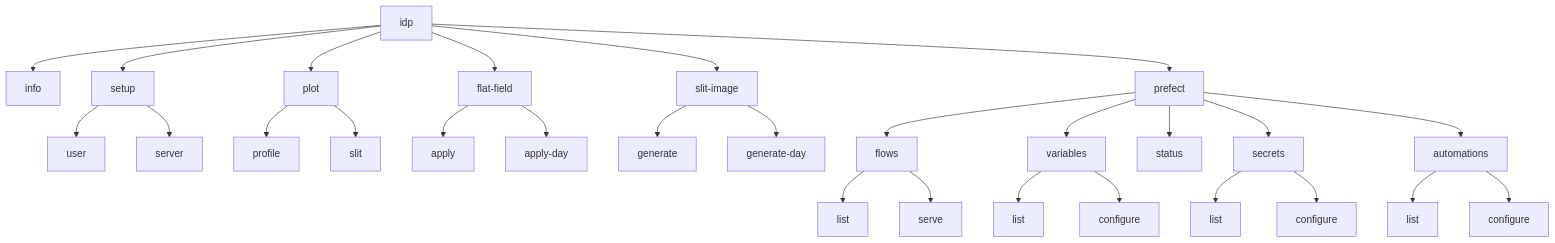
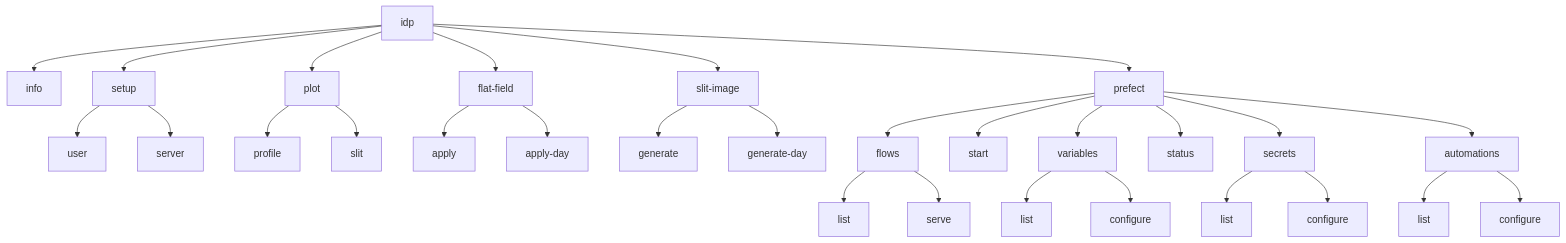
Before and after one commit to cdeldon/irsol-data-pipeline: the first of 2 diagrams in docs/cli/cli_usage.md, drawn with Mermaid. The commit also changed other lines of this file and 20 other files, not shown here.

````diff
--- a/docs/cli/cli_usage.md
+++ b/docs/cli/cli_usage.md
@@ -11,70 +11,72 @@
 ```mermaid
 flowchart TD
     IDP["idp"]
     INFO["info"]
     SETUP["setup"]
     SETUP_USER["user"]
     SETUP_SERVER["server"]
     PLOT["plot"]
     PREFECT["prefect"]
     FF["flat-field"]
     SI["slit-image"]
 
     PROFILE["profile"]
     SLIT["slit"]
 
     FF_APPLY["apply"]
     FF_APPLY_DAY["apply-day"]
     SI_GENERATE["generate"]
     SI_GENERATE_DAY["generate-day"]
 
     AUTOMATIONS["automations"]
     LIST_A["list"]
     CONFIGURE_A["configure"]
 
+    START["start"]
     FLOWS["flows"]
     STATUS["status"]
     VARS["variables"]
     SECRETS["secrets"]
 
     LIST_F["list"]
     SERVE["serve"]
     LIST_V["list"]
     CONFIGURE_V["configure"]
     LIST_S["list"]
     CONFIGURE_S["configure"]
 
     IDP --> INFO
     IDP --> SETUP
     IDP --> PLOT
     IDP --> FF
     IDP --> SI
     IDP --> PREFECT
 
     SETUP --> SETUP_USER
     SETUP --> SETUP_SERVER
 
     PLOT --> PROFILE
     PLOT --> SLIT
 
     FF --> FF_APPLY
     FF --> FF_APPLY_DAY
 
     SI --> SI_GENERATE
     SI --> SI_GENERATE_DAY
 
+    PREFECT --> START
     PREFECT --> STATUS
     PREFECT --> FLOWS
     PREFECT --> VARS
     PREFECT --> SECRETS
     PREFECT --> AUTOMATIONS
 
     AUTOMATIONS --> LIST_A
     AUTOMATIONS --> CONFIGURE_A
     FLOWS --> LIST_F
     FLOWS --> SERVE
     VARS --> LIST_V
     VARS --> CONFIGURE_V
     SECRETS --> LIST_S
     SECRETS --> CONFIGURE_S
 ```
````
